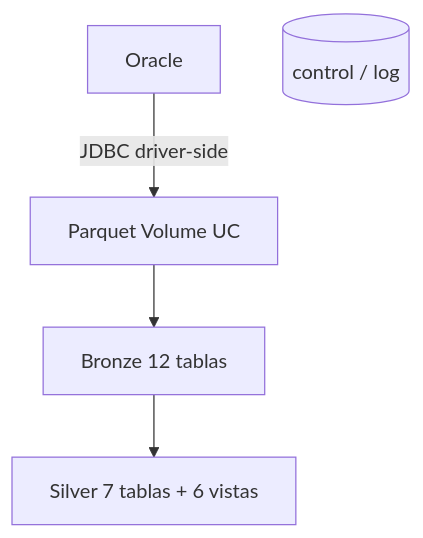
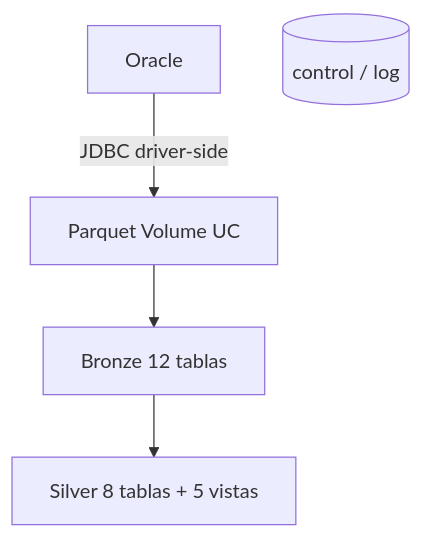
The diagram in docs/07_MANUAL_TECNICO.md (DataEngMikeDataknow/midas_agent), drawn with Mermaid before and after one commit. The commit also changed other lines of this file and 9 other files, not shown here.

````diff
--- a/docs/07_MANUAL_TECNICO.md
+++ b/docs/07_MANUAL_TECNICO.md
@@ -18,7 +18,7 @@
 ```mermaid
 flowchart TD
     O[Oracle] -->|JDBC driver-side| P[Parquet Volume UC]
     P --> B[Bronze 12 tablas]
-    B --> S[Silver 7 tablas + 6 vistas]
+    B --> S[Silver 8 tablas + 5 vistas]
     CTRL[(control / log)]
 ```
````
